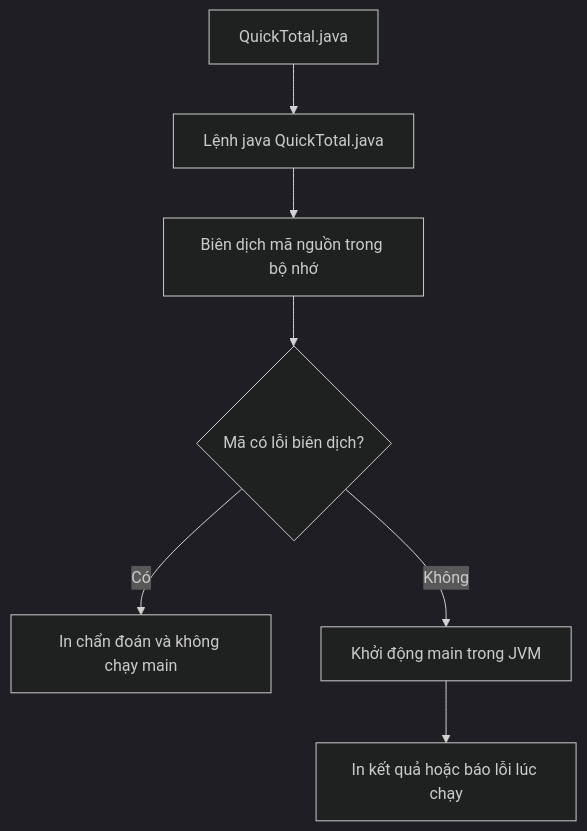
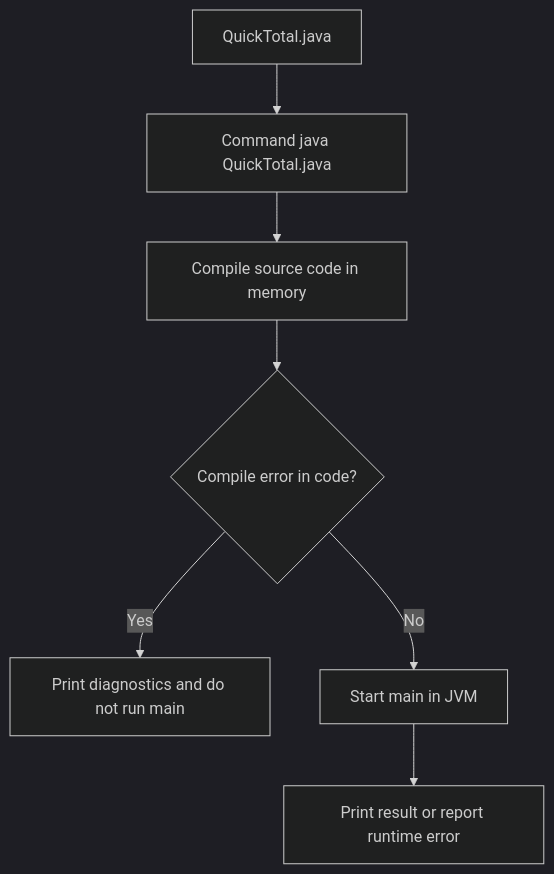
One commit to phuongnguyenit93/learning-platform-data changed the diagram in module/platform/development/programming/language/java/core/language-basics/content/knowledge/en/2.tools-and-execution/tools-and-execution-005.md. Above: the diagram before and after it, drawn with Mermaid (dark theme). The commit also changed other lines of this file and 2307 other files, not shown here.

```diff
--- a/module/platform/development/programming/language/java/core/language-basics/content/knowledge/en/2.tools-and-execution/tools-and-execution-005.md
+++ b/module/platform/development/programming/language/java/core/language-basics/content/knowledge/en/2.tools-and-execution/tools-and-execution-005.md
@@ -31,9 +31,9 @@
 ~~~mermaid
 flowchart TD
-    A["QuickTotal.java"] --> B["Lệnh java QuickTotal.java"]
-    B --> C["Biên dịch mã nguồn trong bộ nhớ"]
-    C --> D{"Mã có lỗi biên dịch?"}
-    D -->|Có| E["In chẩn đoán và không chạy main"]
-    D -->|Không| F["Khởi động main trong JVM"]
-    F --> G["In kết quả hoặc báo lỗi lúc chạy"]
+    A["QuickTotal.java"] --> B["Command java QuickTotal.java"]
+    B --> C["Compile source code in memory"]
+    C --> D{"Compile error in code?"}
+    D -->|Yes| E["Print diagnostics and do not run main"]
+    D -->|No| F["Start main in JVM"]
+    F --> G["Print result or report runtime error"]
 ~~~
```
